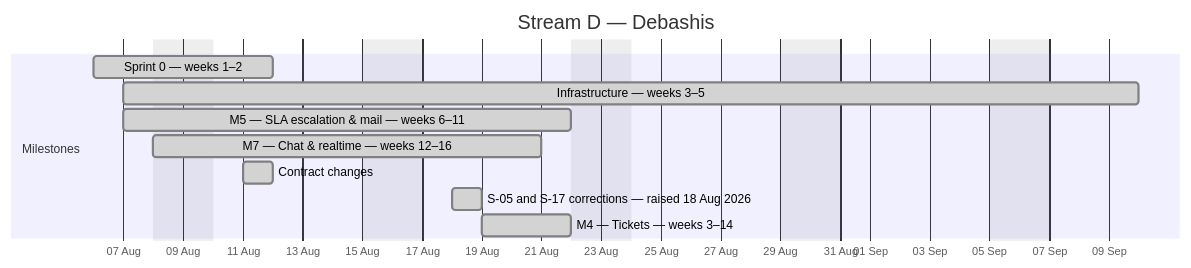
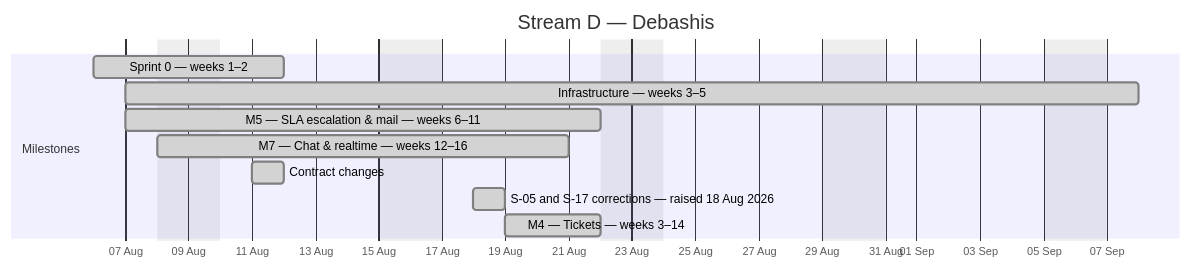
The fourth of 4 diagrams in docs/plan/GANTT.md (debashisedunext/EduTrack), drawn with Mermaid before and after one commit. The commit also changed other lines of this file and 3 other files, not shown here.

````diff
--- a/docs/plan/GANTT.md
+++ b/docs/plan/GANTT.md
@@ -130,15 +130,15 @@
 ```mermaid
 gantt
     dateFormat YYYY-MM-DD
     axisFormat %d %b
     title Stream D — Debashis
     excludes weekends
     section Milestones
     Sprint 0 — weeks 1–2 :done, d0, 2026-08-06, 4d
-    Infrastructure — weeks 3–5 :done, d1, 2026-08-07, 24d
+    Infrastructure — weeks 3–5 :done, d1, 2026-08-07, 22d
     M5 — SLA  escalation & mail — weeks 6–11 :done, d2, 2026-08-07, 11d
     M7 — Chat & realtime — weeks 12–16 :done, d3, 2026-08-08, 10d
     Contract changes :done, d4, 2026-08-11, 1d
     S-05 and S-17 corrections — raised 18 Aug 2026 :done, d5, 2026-08-18, 1d
     M4 — Tickets — weeks 3–14 :done, d6, 2026-08-19, 3d
 ```
````
